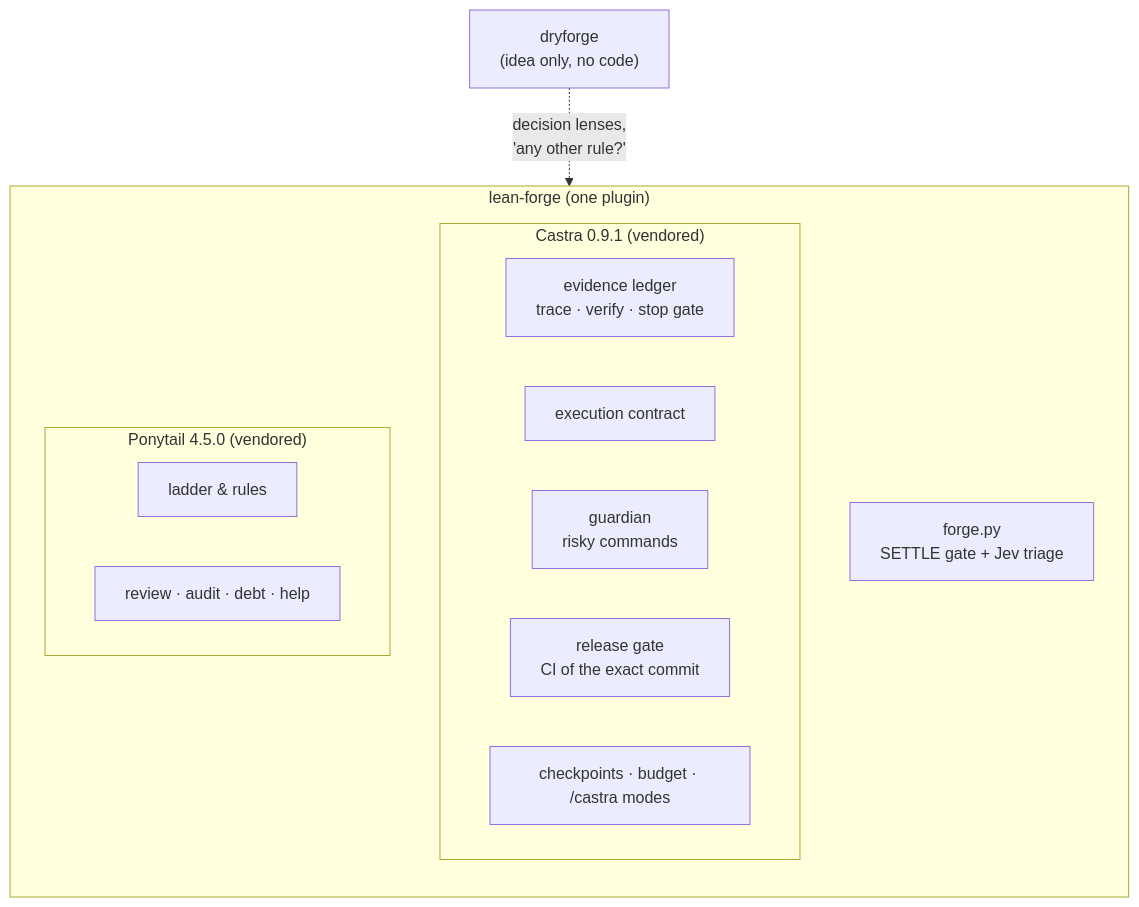
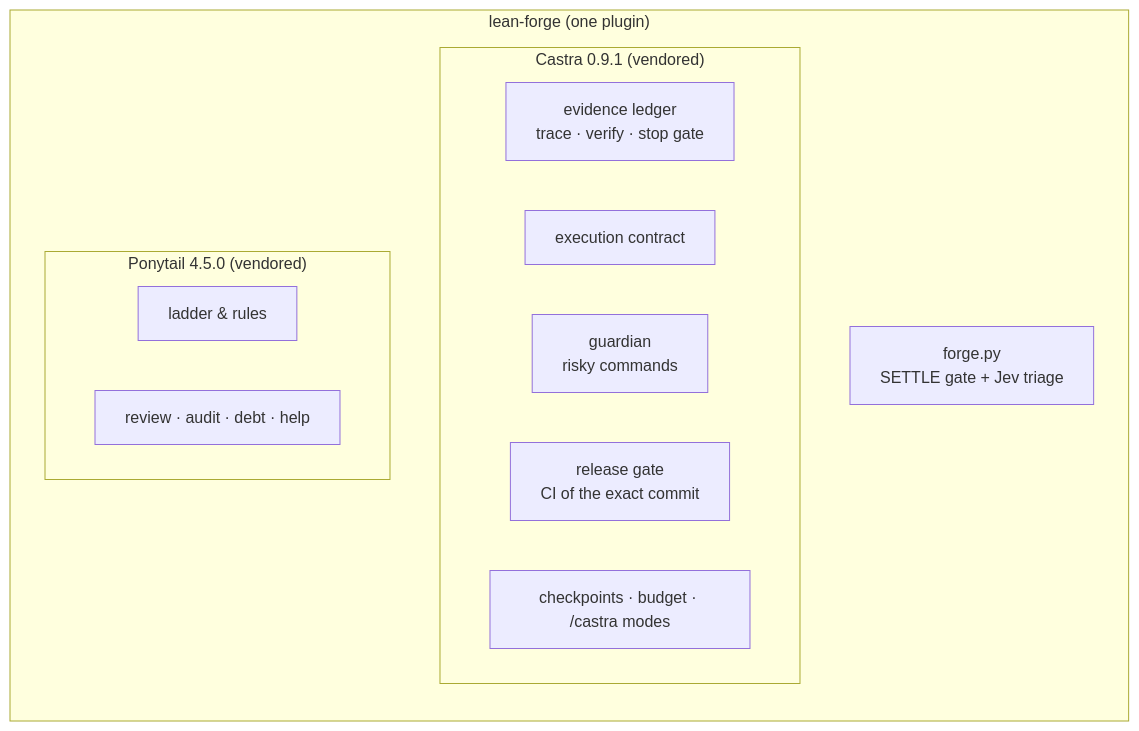
One commit to beyondworks/lean-forge changed the third of 3 diagrams in README.md. Above: the diagram before and after it, drawn with Mermaid. The commit also changed other lines of this file and 1 other file, not shown here.

````diff
--- a/README.md
+++ b/README.md
@@ -89,19 +89,18 @@
 ```mermaid
 flowchart TB
     subgraph LF["lean-forge (one plugin)"]
         direction TB
         F["forge.py<br/>SETTLE gate + Jev triage"]
         subgraph C["Castra 0.9.1 (vendored)"]
             C1["evidence ledger<br/>trace · verify · stop gate"]
             C2["execution contract"]
             C3["guardian<br/>risky commands"]
             C4["release gate<br/>CI of the exact commit"]
             C5["checkpoints · budget · /castra modes"]
         end
         subgraph P["Ponytail 4.5.0 (vendored)"]
             P1["ladder & rules"]
             P2["review · audit · debt · help"]
         end
     end
-    D["dryforge<br/>(idea only, no code)"] -. "decision lenses,<br/>'any other rule?'" .-> F
 ```
````
